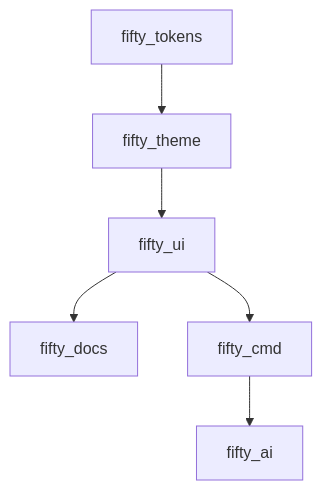
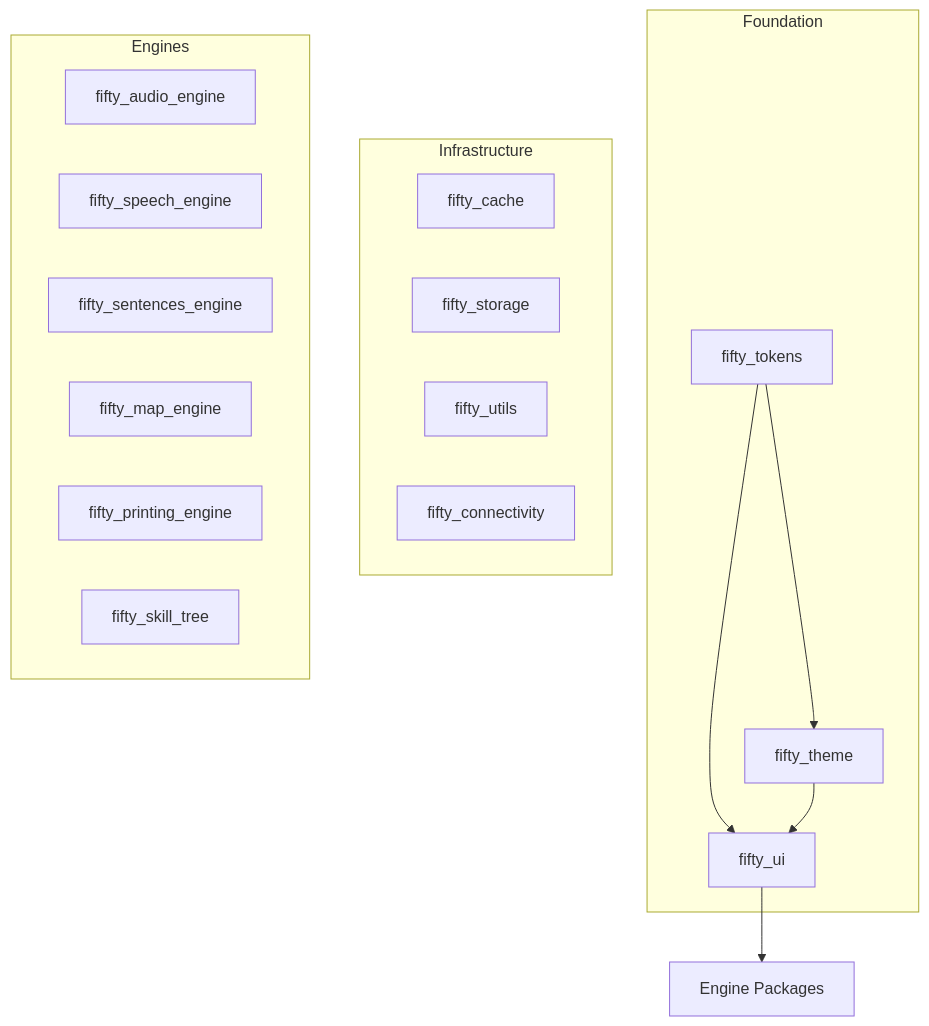
One commit to fiftynotai/fifty_flutter_kit changed the diagram in design_system/fifty_design_system.md. Above: the diagram before and after it, drawn with Mermaid. The commit also changed other lines of this file, not shown here.

````diff
--- a/design_system/fifty_design_system.md
+++ b/design_system/fifty_design_system.md
@@ -137,9 +207,29 @@
 ```mermaid
 graph TD
     A[fifty_tokens] --> B[fifty_theme]
-    B --> C[fifty_ui]
-    C --> D[fifty_docs]
-    C --> E[fifty_cmd]
-    E --> F[fifty_ai]
+    A --> C[fifty_ui]
+    B --> C
+    C --> D[Engine Packages]
 
+    subgraph Foundation
+        A
+        B
+        C
+    end
+
+    subgraph Infrastructure
+        E[fifty_cache]
+        F[fifty_storage]
+        G[fifty_utils]
+        H[fifty_connectivity]
+    end
+
+    subgraph Engines
+        I[fifty_audio_engine]
+        J[fifty_speech_engine]
+        K[fifty_sentences_engine]
+        L[fifty_map_engine]
+        M[fifty_printing_engine]
+        N[fifty_skill_tree]
+    end
 ```
````
